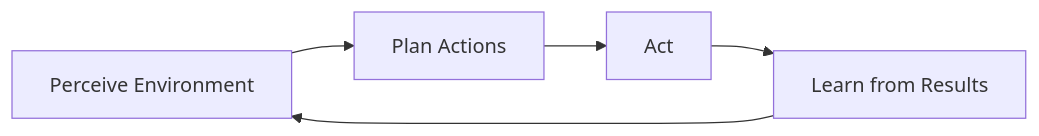
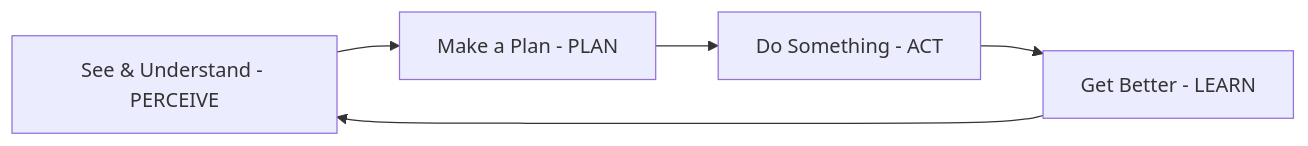
Before and after one commit to kanad13/Agentic-AI: the second of 4 diagrams in readme.md, drawn with Mermaid. The commit also changed other lines of this file and 1 other file, not shown here.

````diff
--- a/readme.md
+++ b/readme.md
@@ -18,7 +61,7 @@
 ```mermaid
 graph LR
-    A[Perceive Environment] --> B[Plan Actions];
-    B --> C[Act];
-    C --> D[Learn from Results];
+    A[See & Understand - PERCEIVE] --> B[Make a Plan - PLAN];
+    B --> C[Do Something - ACT];
+    C --> D[Get Better - LEARN];
     D --> A;
 ```
````
